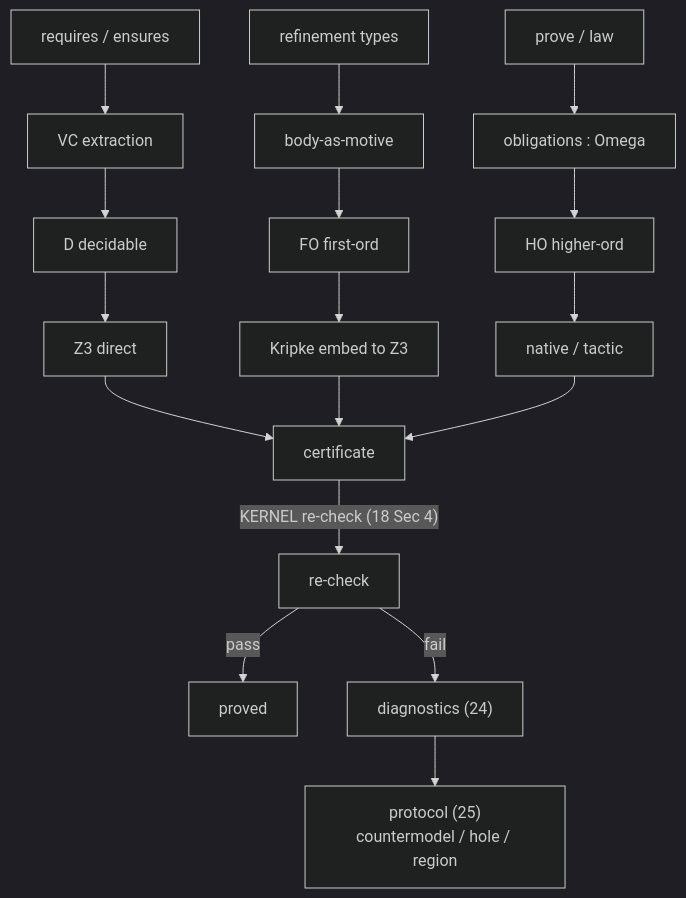
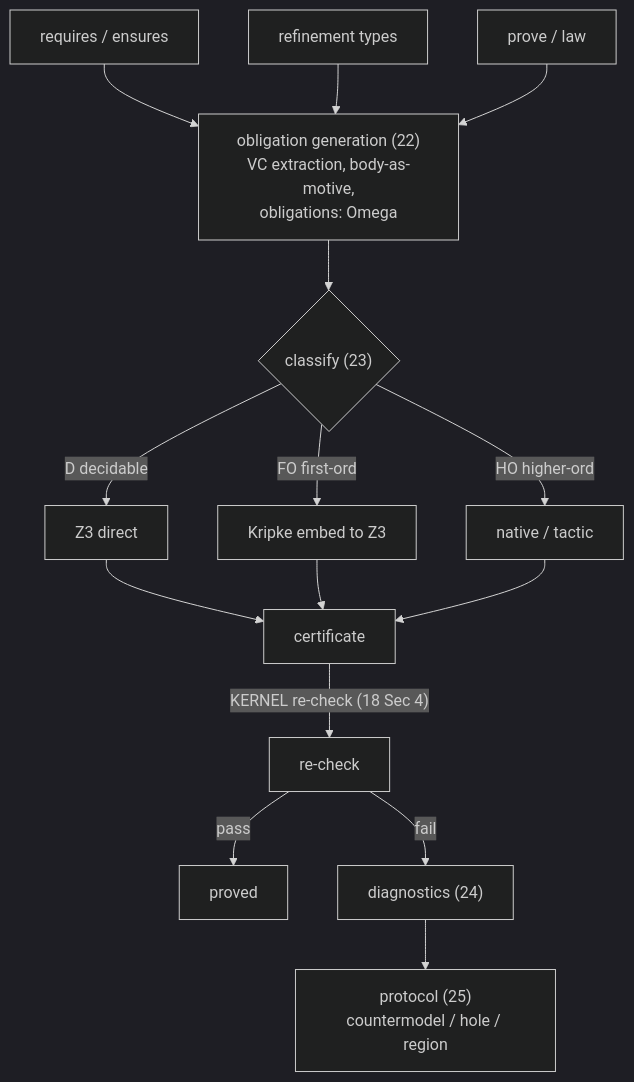
The second of 2 diagrams in spec/20-verification/README.md (ken-topos/ken), drawn with Mermaid (dark theme) before and after one commit. The commit also changed other lines of this file, not shown here.

Commit message:
spec: fix diagrams 2+3 per conformance-validator review
Diagram 3 (BLOCKING): removed false source→class→backend coupling.
The three spec forms (requires/ensures, refinement types, prove/law)
all feed obligation generation; classification (D/FO/HO) is a
property of each obligation's proposition, not its source form.
Only classify→backend coupling is committed (D→Z3, FO→Kripke,
HO→native/tactic). Diamond node at classify makes routing explicit.

Diagram 2 (non-blocking): re-added '(Agent-driven; strategy G7)'
caption — the only place 'strategy G7' appears in the section.

````diff
--- a/spec/20-verification/README.md
+++ b/spec/20-verification/README.md
@@ -41,13 +42,17 @@
 ```mermaid
 flowchart TD
-    re["requires / ensures"] --> vc["VC extraction"] --> dd["D decidable"] --> z3["Z3 direct"]
-    rt["refinement types"] --> bam["body-as-motive"] --> fo["FO first-ord"] --> kr["Kripke embed to Z3"]
-    pl["prove / law"] --> oobl["obligations : Omega"] --> ho["HO higher-ord"] --> nt["native / tactic"]
+    re["requires / ensures"] --> gen
+    rt["refinement types"] --> gen
+    pl["prove / law"] --> gen
+    gen["obligation generation (22)<br/>VC extraction, body-as-motive,<br/>obligations: Omega"] --> cls{"classify (23)"}
+    cls -->|"D decidable"| z3["Z3 direct"]
+    cls -->|"FO first-ord"| kr["Kripke embed to Z3"]
+    cls -->|"HO higher-ord"| nt["native / tactic"]
     z3 --> cert["certificate"]
     kr --> cert
     nt --> cert
     cert -->|"KERNEL re-check (18 Sec 4)"| krnl["re-check"]
     krnl -->|pass| proved["proved"]
     krnl -->|fail| dg["diagnostics (24)"]
     dg --> prot["protocol (25)<br/>countermodel / hole / region"]
 ```
````
